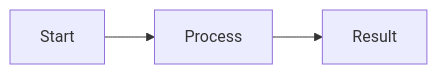
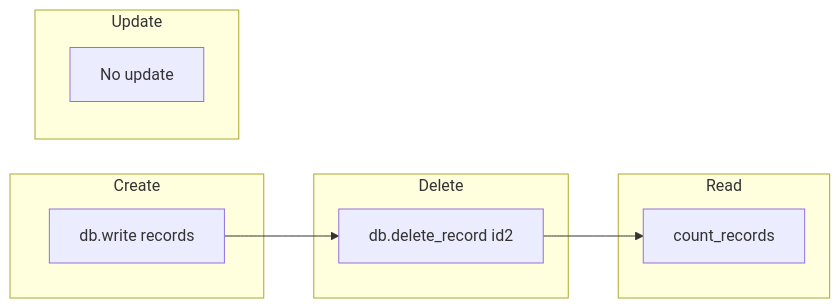
One commit to wisrovi/wpipe changed the fifth of 5 diagrams in examples/06_sqlite_integration/08_delete_record_example/README.md. Above: the diagram before and after it, drawn with Mermaid. The commit also changed other lines of this file and 182 other files, not shown here.

First line of the commit message:
Add type hints, docstrings, and Mermaid diagrams to all examples

````diff
--- a/examples/06_sqlite_integration/08_delete_record_example/README.md
+++ b/examples/06_sqlite_integration/08_delete_record_example/README.md
@@ -9,4 +90,16 @@
 ```mermaid
 flowchart LR
-    A[Start] --> B[Process] --> C[Result]
+    subgraph Create
+        W[db.write records]
+    end
+    subgraph Read
+        C[count_records]
+    end
+    subgraph Update
+        N/A[No update]
+    end
+    subgraph Delete
+        D[db.delete_record id2]
+    end
+    W --> D --> C
 ```
````
